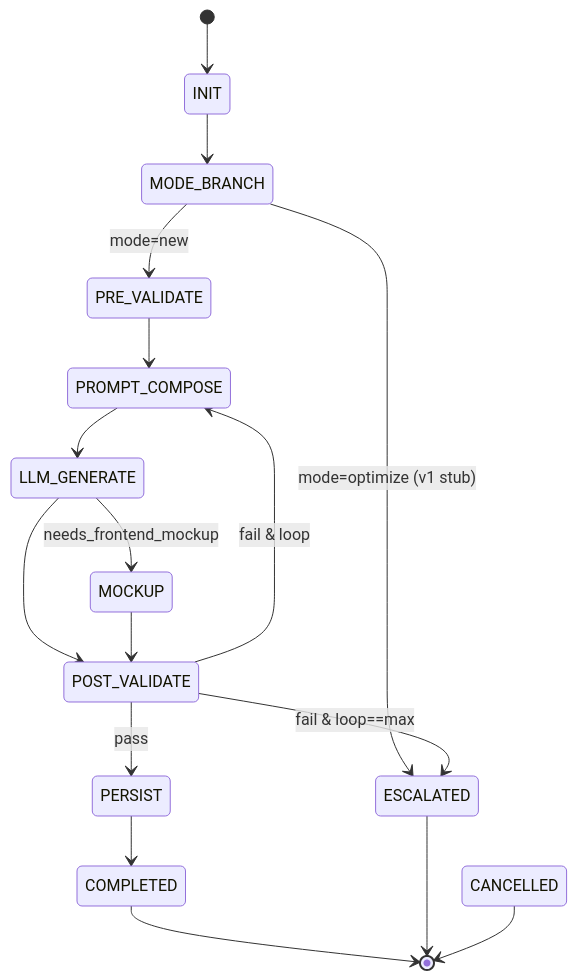
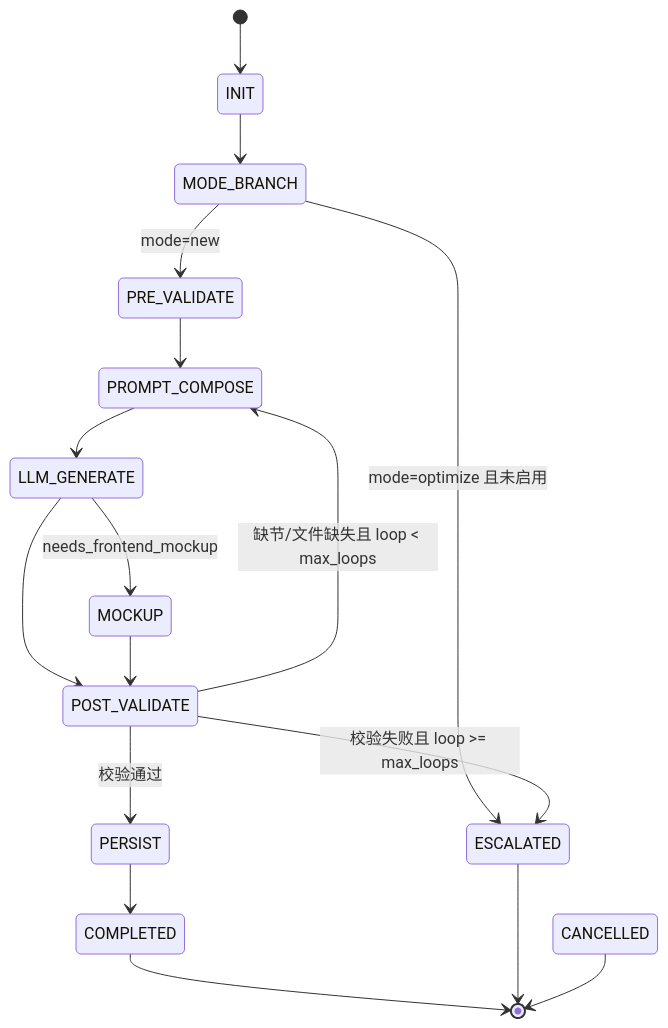
One commit to vaxtomis/cooagents changed the fifth of 6 diagrams in README.md. Above: the diagram before and after it, drawn with Mermaid. The commit also changed other lines of this file, not shown here.

````diff
--- a/README.md
+++ b/README.md
@@ -216,19 +263,19 @@
 ```mermaid
 stateDiagram-v2
   [*] --> INIT
   INIT --> MODE_BRANCH
   MODE_BRANCH --> PRE_VALIDATE: mode=new
-  MODE_BRANCH --> ESCALATED: mode=optimize (v1 stub)
+  MODE_BRANCH --> ESCALATED: mode=optimize 且未启用
   PRE_VALIDATE --> PROMPT_COMPOSE
   PROMPT_COMPOSE --> LLM_GENERATE
   LLM_GENERATE --> MOCKUP: needs_frontend_mockup
   LLM_GENERATE --> POST_VALIDATE
   MOCKUP --> POST_VALIDATE
-  POST_VALIDATE --> PROMPT_COMPOSE: fail & loop<max
-  POST_VALIDATE --> ESCALATED: fail & loop==max
-  POST_VALIDATE --> PERSIST: pass
+  POST_VALIDATE --> PROMPT_COMPOSE: 缺节/文件缺失且 loop < max_loops
+  POST_VALIDATE --> ESCALATED: 校验失败且 loop >= max_loops
+  POST_VALIDATE --> PERSIST: 校验通过
   PERSIST --> COMPLETED
   COMPLETED --> [*]
   ESCALATED --> [*]
   CANCELLED --> [*]
 ```
````
